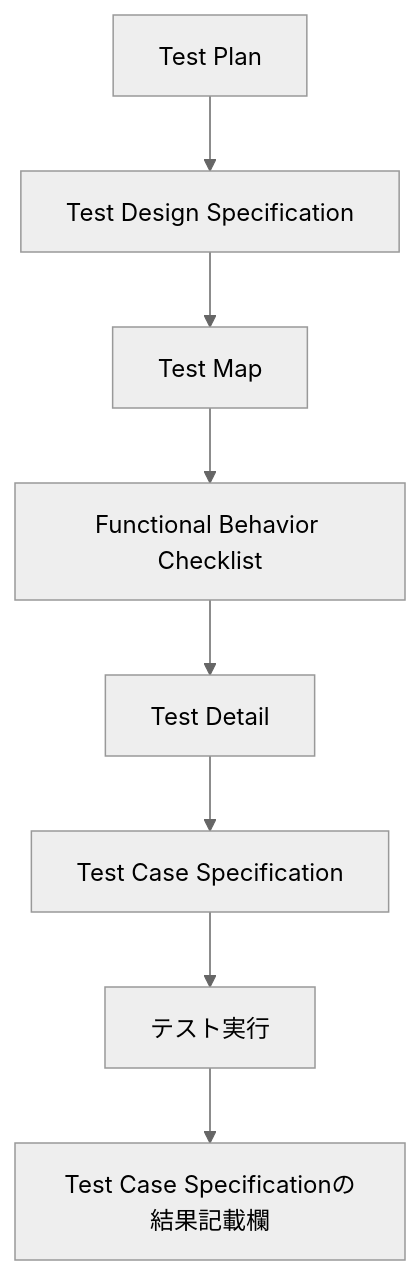
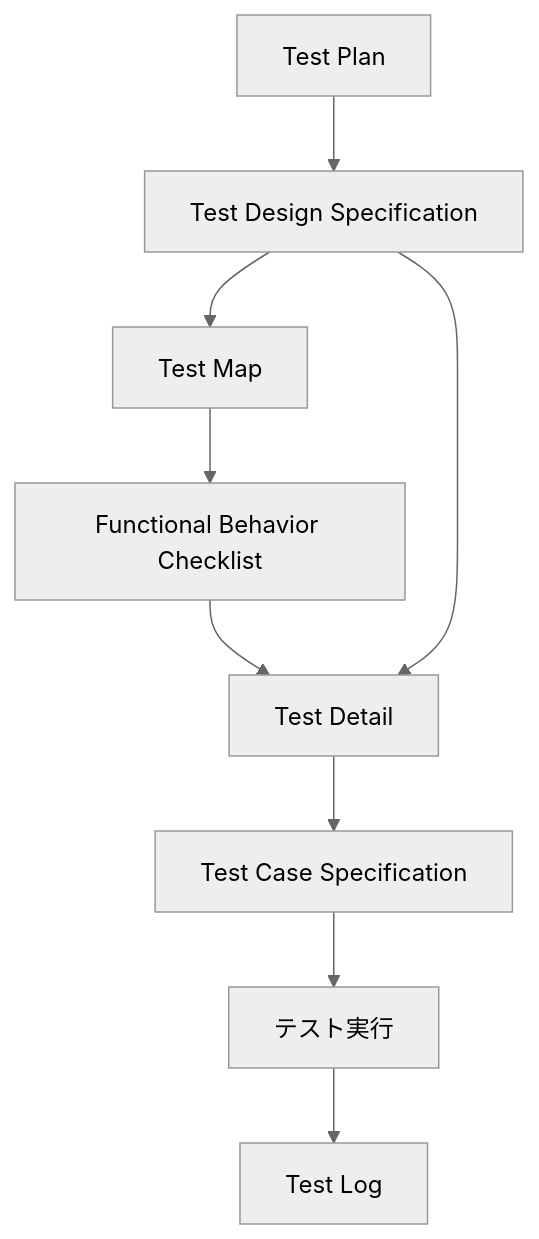
Before and after one commit to yuusakuri/dev-rules: the diagram in guidelines/documentation/test-documentation-guidelines.md, drawn with Mermaid (neutral theme). The commit also changed other lines of this file and 7 other files, not shown here.

First line of the commit message:
docs(testing): テストケース仕様と Test Log を分離する

````diff
--- a/guidelines/documentation/test-documentation-guidelines.md
+++ b/guidelines/documentation/test-documentation-guidelines.md
@@ -23,10 +24,11 @@
 ```mermaid
 flowchart TD
     PLAN["Test Plan"] --> DESIGN["Test Design Specification"]
     DESIGN --> MAP["Test Map"]
     MAP --> FUNC["Functional Behavior Checklist"]
     FUNC --> DETAIL["Test Detail"]
+    DESIGN --> DETAIL
     DETAIL --> CASE["Test Case Specification"]
     CASE --> EXEC["テスト実行"]
-    EXEC --> RESULT["Test Case Specificationの結果記載欄"]
+    EXEC --> LOG["Test Log"]
 ```
````
